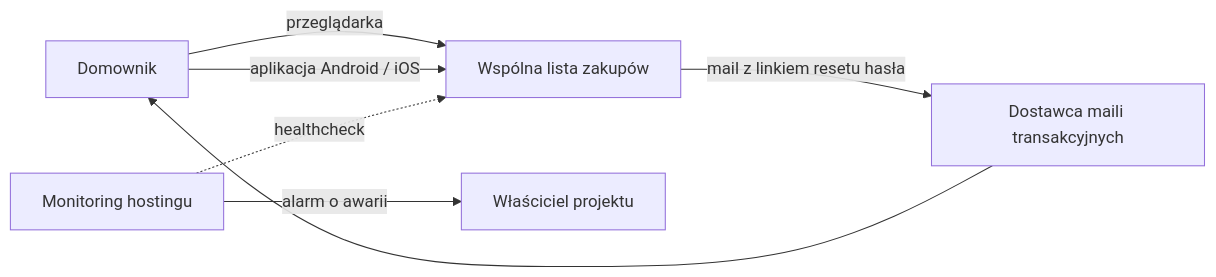
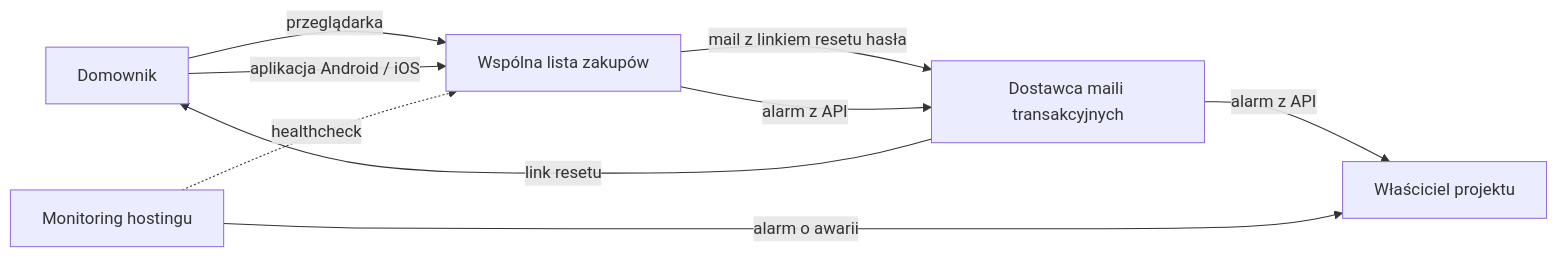
Before and after one commit to tombraz/lista-zakupow: the first of 7 diagrams in docs/architecture/architecture.md, drawn with Mermaid. The commit also changed other lines of this file and 6 other files, not shown here.

Commit message:
T-095: fix kontrakt błędów w architecture.md i api.md; test zgodności ErrorCode

````diff
--- a/docs/architecture/architecture.md
+++ b/docs/architecture/architecture.md
@@ -12,9 +12,11 @@
 ```mermaid
 flowchart LR
   d[Domownik] -->|przeglądarka| app[Wspólna lista zakupów]
   d -->|aplikacja Android / iOS| app
   app -->|mail z linkiem resetu hasła| mail[Dostawca maili transakcyjnych]
-  mail --> d
+  app -->|alarm z API| mail
+  mail -->|link resetu| d
+  mail -->|alarm z API| owner
   host[Monitoring hostingu] -->|alarm o awarii| owner[Właściciel projektu]
   host -.healthcheck.-> app
 ```
````
